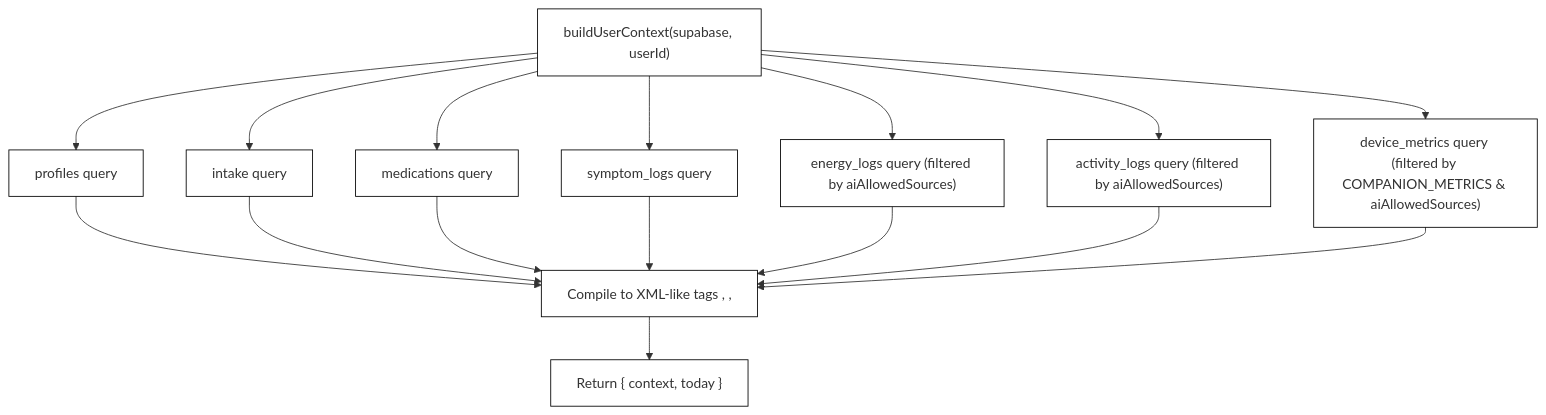
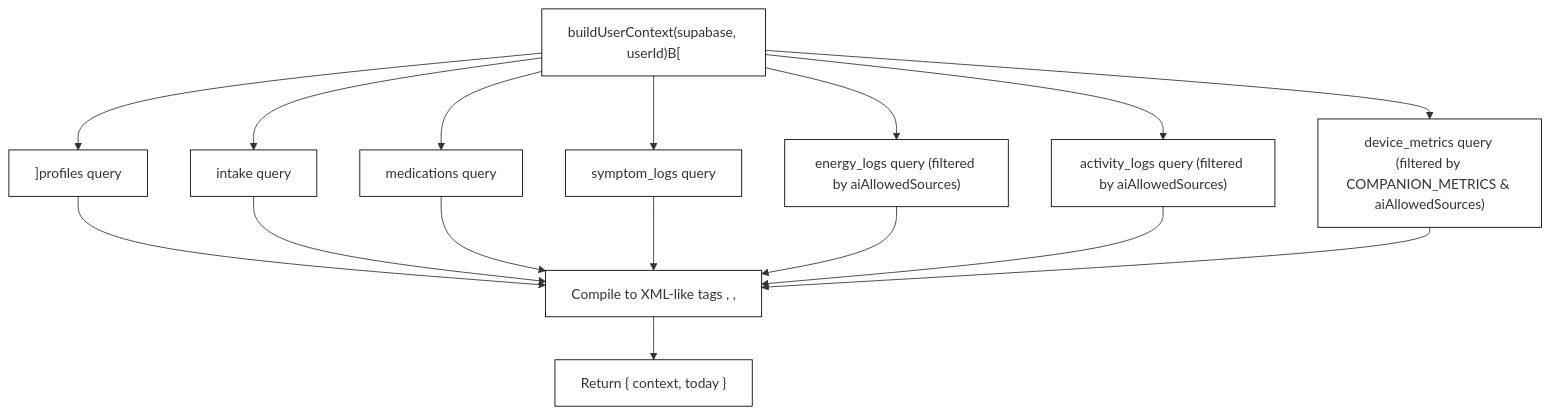
The second of 4 diagrams in pages/5.1-text-chat-pipeline.md (jarrettheflin/immune-fit-Devin-Wiki), drawn with Mermaid before and after one commit. The commit also changed other lines of this file and 22 other files, not shown here.

Commit message:
Repair Mermaid syntax so all 67 diagrams render on GitHub

````diff
--- a/pages/5.1-text-chat-pipeline.md
+++ b/pages/5.1-text-chat-pipeline.md
@@ -74,14 +74,14 @@
 ```mermaid
 graph TD
-    A["buildUserContext(supabase, userId)"] --> B["profiles query"]
+    A["buildUserContext(supabase, userId)B["] --> B["]profiles query"]
     A --> C["intake query"]
     A --> D["medications query"]
     A --> E["symptom_logs query"]
     A --> F["energy_logs query (filtered by aiAllowedSources)"]
     A --> G["activity_logs query (filtered by aiAllowedSources)"]
     A --> H["device_metrics query (filtered by COMPANION_METRICS & aiAllowedSources)"]
     B & C & D & E & F & G & H --> I["Compile to XML-like tags <about_them>, <medications>, <last_7_days>"]
     I --> J["Return { context, today }"]
 
     classDef default stroke:#000,fill:none;
 ```
````
